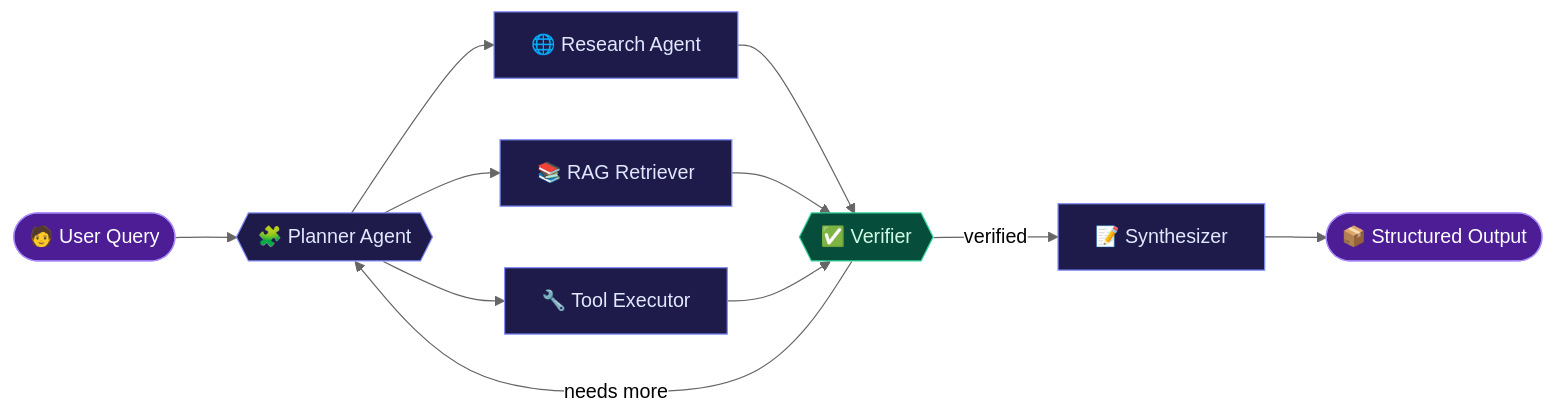
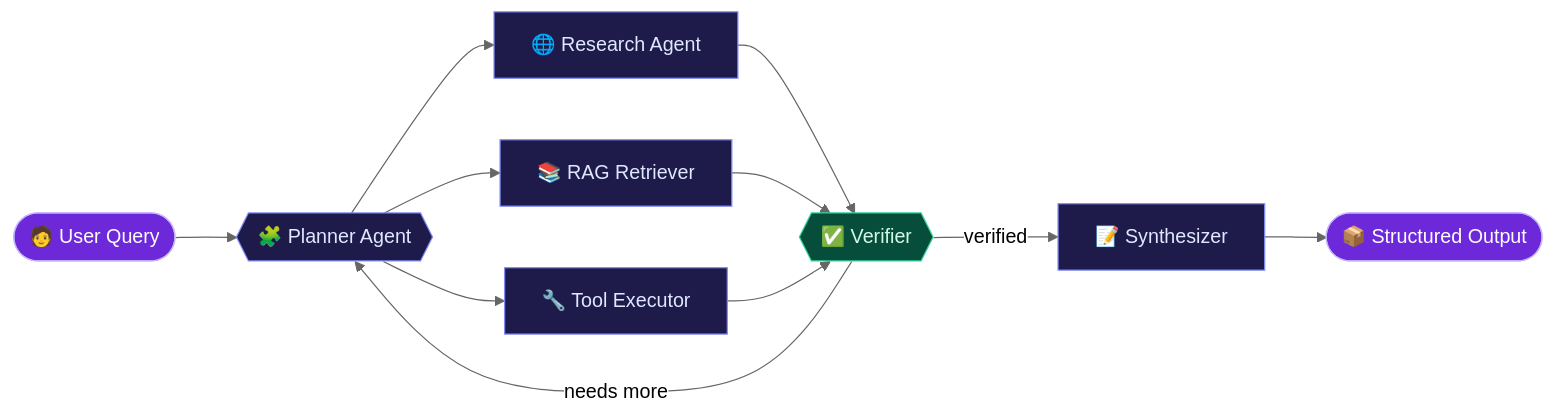
The diagram in README.md (Subham999100/Subham999100), drawn with Mermaid (neutral theme) before and after one commit. The commit also changed other lines of this file, not shown here.

````diff
--- a/README.md
+++ b/README.md
@@ -42,20 +51,20 @@
 ```mermaid
 flowchart LR
     Q([🧑 User Query]) --> P{{🧩 Planner Agent}}
     P --> R[🌐 Research Agent]
     P --> K[📚 RAG Retriever]
     P --> T[🔧 Tool Executor]
     R --> V{{✅ Verifier}}
     K --> V
     T --> V
     V -->|needs more| P
     V -->|verified| S[📝 Synthesizer]
     S --> O([📦 Structured Output])
 
-    classDef io fill:#4C1D95,stroke:#A78BFA,color:#fff
+    classDef io fill:#6D28D9,stroke:#C4B5FD,color:#fff
     classDef agent fill:#1E1B4B,stroke:#818CF8,color:#E0E7FF
     classDef check fill:#064E3B,stroke:#34D399,color:#D1FAE5
     class Q,O io
     class P,R,K,T,S agent
     class V check
 ```
````
